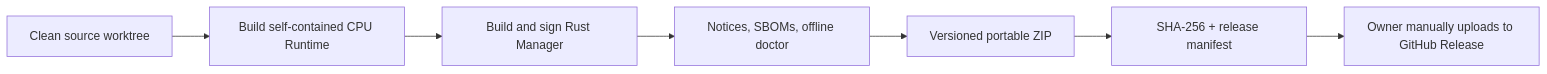
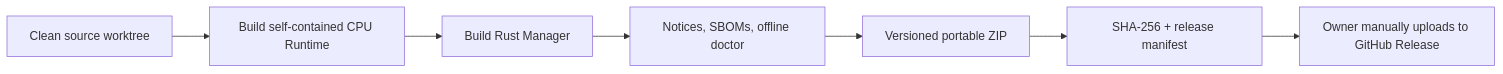
One commit to kwp-lab/nota-asr-server changed the diagram in docs/decisions/0014-portable-zip-windows-distribution.md. Above: the diagram before and after it, drawn with Mermaid. The commit also changed other lines of this file and 8 other files, not shown here.

````diff
--- a/docs/decisions/0014-portable-zip-windows-distribution.md
+++ b/docs/decisions/0014-portable-zip-windows-distribution.md
@@ -43,9 +43,9 @@
 ```mermaid
 flowchart LR
     S["Clean source worktree"] --> R["Build self-contained CPU Runtime"]
-    R --> M["Build and sign Rust Manager"]
+    R --> M["Build Rust Manager"]
     M --> V["Notices, SBOMs, offline doctor"]
     V --> Z["Versioned portable ZIP"]
     Z --> H["SHA-256 + release manifest"]
     H --> U["Owner manually uploads to GitHub Release"]
 ```
````
